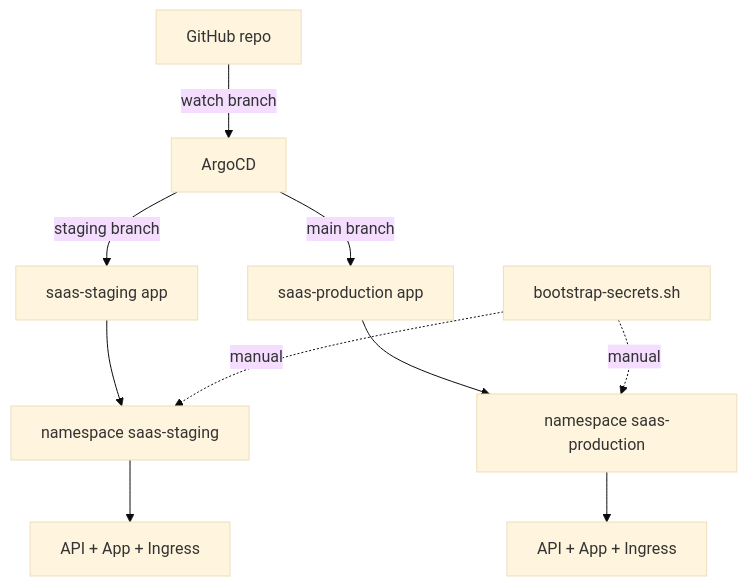
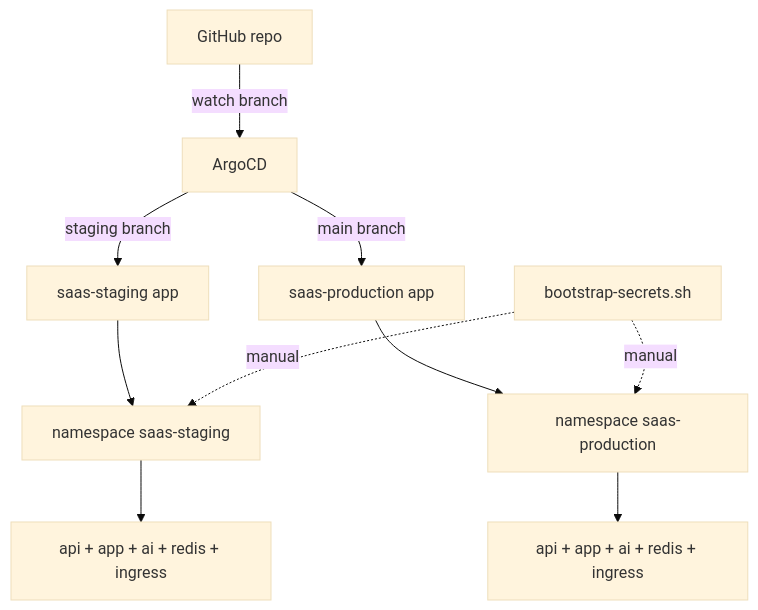
Before and after one commit to Khalil-Bchir/full-stack-saas-boilerplate: the diagram in deploy/argocd/README.md, drawn with Mermaid (base theme). The commit also changed 91 other files, not shown here.

````diff
--- a/deploy/argocd/README.md
+++ b/deploy/argocd/README.md
@@ -7,12 +7,12 @@
 ```mermaid
 flowchart TD
     GH[GitHub repo] -->|watch branch| Argo[ArgoCD]
     Argo -->|staging branch| Staging[saas-staging app]
     Argo -->|main branch| Prod[saas-production app]
     Staging --> NS1[namespace saas-staging]
     Prod --> NS2[namespace saas-production]
-    NS1 --> K8s1[API + App + Ingress]
-    NS2 --> K8s2[API + App + Ingress]
+    NS1 --> K8s1[api + app + ai + redis + ingress]
+    NS2 --> K8s2[api + app + ai + redis + ingress]
     Secrets[bootstrap-secrets.sh] -.->|manual| NS1
     Secrets -.->|manual| NS2
 ```
````
